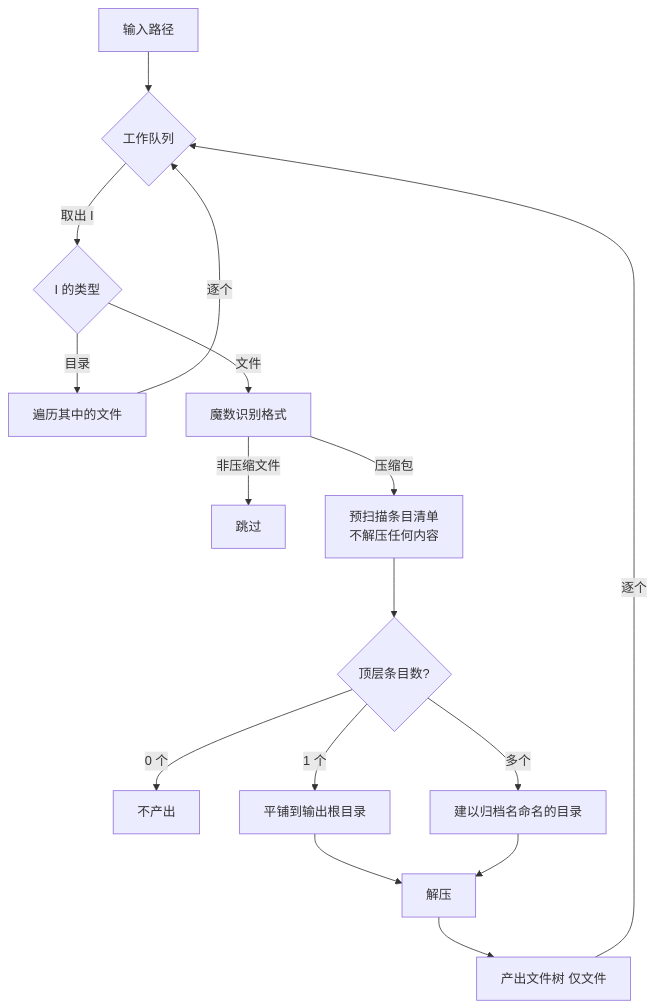
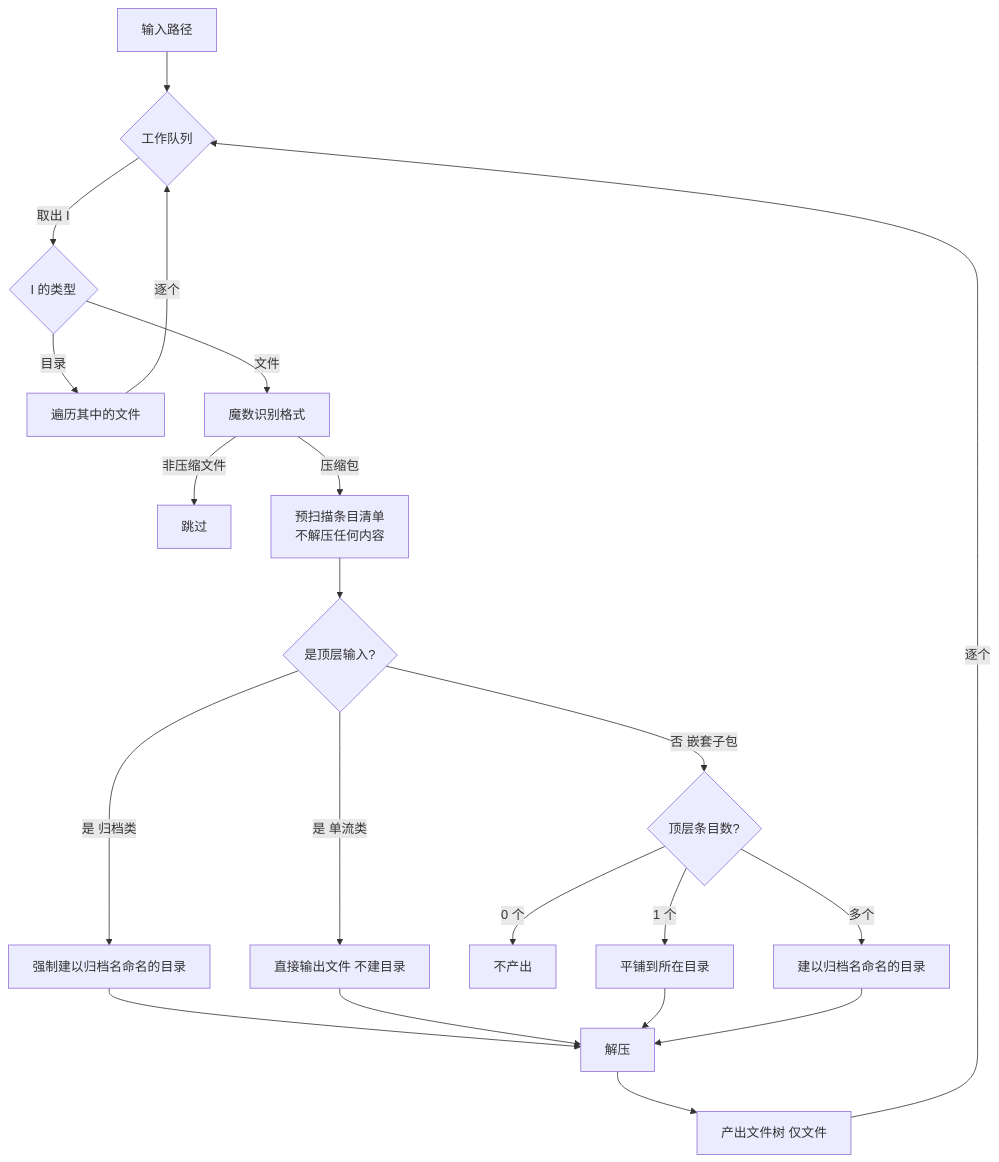
Before and after one commit to lx0758/Decompress: the first of 2 diagrams in README.md, drawn with Mermaid. The commit also changed other lines of this file and 18 other files, not shown here.

````diff
--- a/README.md
+++ b/README.md
@@ -80,18 +80,23 @@
 ```mermaid
 flowchart TD
   IN[输入路径] --> Q{工作队列}
   Q -->|取出 I| T{I 的类型}
   T -->|目录| TR[遍历其中的文件]
   TR -->|逐个| Q
   T -->|文件| DET[魔数识别格式]
   DET -->|非压缩文件| SKIP[跳过]
   DET -->|压缩包| SCAN[预扫描条目清单<br/>不解压任何内容]
-  SCAN --> PLAN{顶层条目数?}
+  SCAN --> TOP{是顶层输入?}
+  TOP -->|是 归档类| FDIR[强制建以归档名命名的目录]
+  TOP -->|是 单流类| FLAT2[直接输出文件 不建目录]
+  TOP -->|否 嵌套子包| PLAN{顶层条目数?}
   PLAN -->|0 个| NONE[不产出]
-  PLAN -->|1 个| FLAT[平铺到输出根目录]
+  PLAN -->|1 个| FLAT[平铺到所在目录]
   PLAN -->|多个| DIR[建以归档名命名的目录]
-  FLAT --> EX[解压]
+  FDIR --> EX[解压]
+  FLAT2 --> EX
+  FLAT --> EX
   DIR --> EX
   EX --> TREE[产出文件树 仅文件]
   TREE -->|逐个| Q
 ```
````
